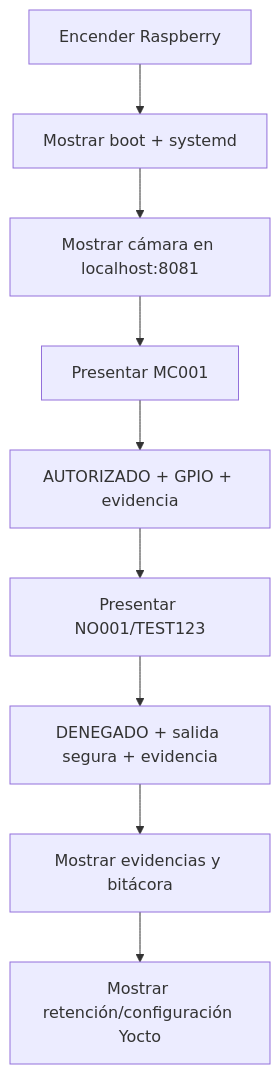
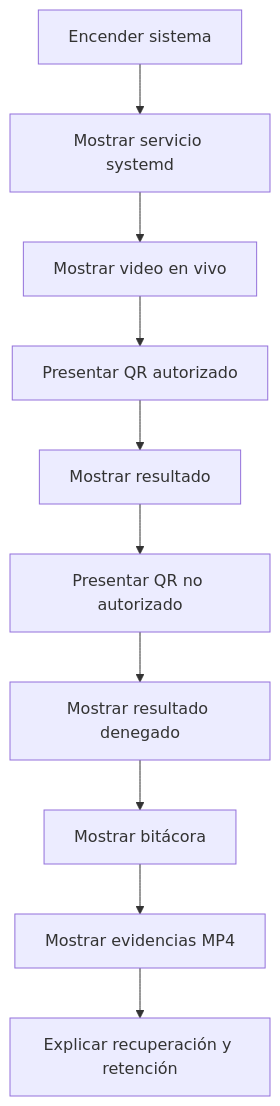
The second of 5 diagrams in docs/07_demostracion.md (VeroC25/Project_1_Embebidos), drawn with Mermaid before and after one commit. The commit also changed other lines of this file, not shown here.

````diff
--- a/docs/07_demostracion.md
+++ b/docs/07_demostracion.md
@@ -45,11 +212,12 @@
 ```mermaid
 flowchart TD
-    A["Encender Raspberry"] --> B["Mostrar boot + systemd"]
-    B --> C["Mostrar cámara en localhost:8081"]
-    C --> D["Presentar MC001"]
-    D --> E["AUTORIZADO + GPIO + evidencia"]
-    E --> F["Presentar NO001/TEST123"]
-    F --> G["DENEGADO + salida segura + evidencia"]
-    G --> H["Mostrar evidencias y bitácora"]
-    H --> I["Mostrar retención/configuración Yocto"]
+    A["Encender sistema"] --> B["Mostrar servicio systemd"]
+    B --> C["Mostrar video en vivo"]
+    C --> D["Presentar QR autorizado"]
+    D --> E["Mostrar resultado"]
+    E --> F["Presentar QR no autorizado"]
+    F --> G["Mostrar resultado denegado"]
+    G --> H["Mostrar bitácora"]
+    H --> I["Mostrar evidencias MP4"]
+    I --> J["Explicar recuperación y retención"]
 ```
````
